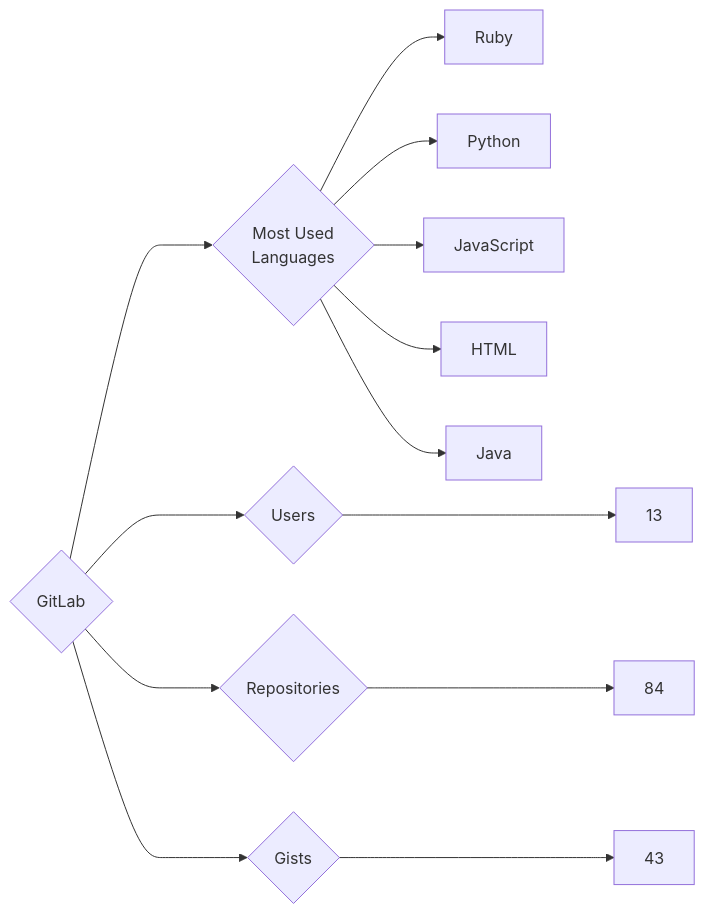
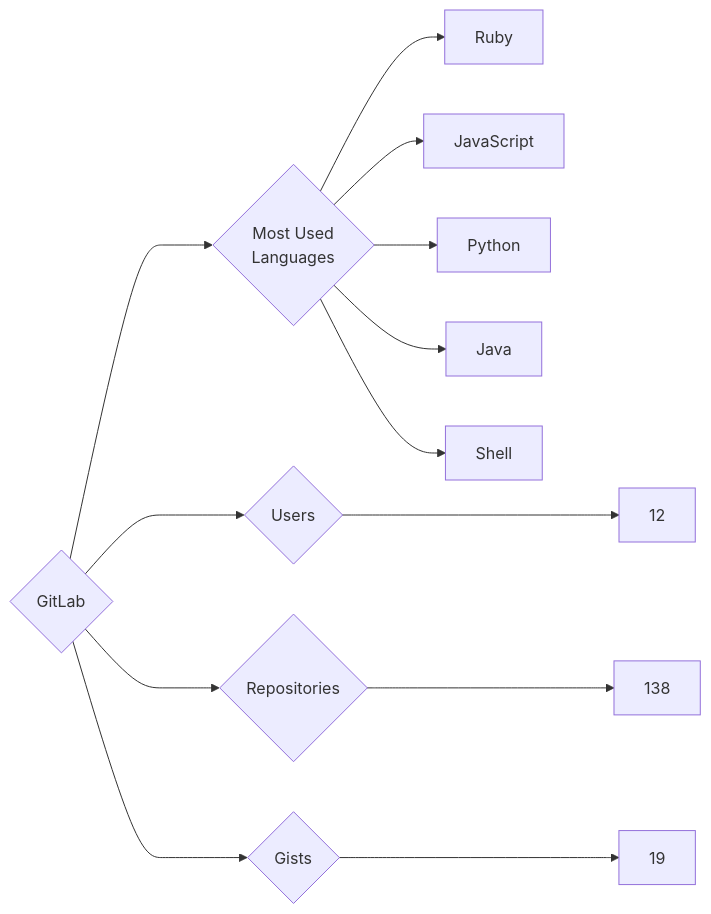
One commit to trickest/insiders changed the diagram in targets/GitLab/README.md. Above: the diagram before and after it, drawn with Mermaid. The commit also changed 916 other files, not shown here.

````diff
--- a/targets/GitLab/README.md
+++ b/targets/GitLab/README.md
@@ -3,13 +3,13 @@
 ```mermaid
 graph LR
 COMPANY_NAME{GitLab}
-COMPANY_NAME ---> U{Users} ---> UN[13]
-COMPANY_NAME ---> R{Repositories} ---> RN[84]
-COMPANY_NAME ---> G{Gists} ---> GN[43]
+COMPANY_NAME ---> U{Users} ---> UN[12]
+COMPANY_NAME ---> R{Repositories} ---> RN[138]
+COMPANY_NAME ---> G{Gists} ---> GN[19]
 COMPANY_NAME ---> ML{Most Used<br>Languages}
 ML --> Ruby[Ruby]
+ML --> JavaScript[JavaScript]
 ML --> Python[Python]
-ML --> JavaScript[JavaScript]
-ML --> HTML[HTML]
 ML --> Java[Java]
+ML --> Shell[Shell]
 ```
````
